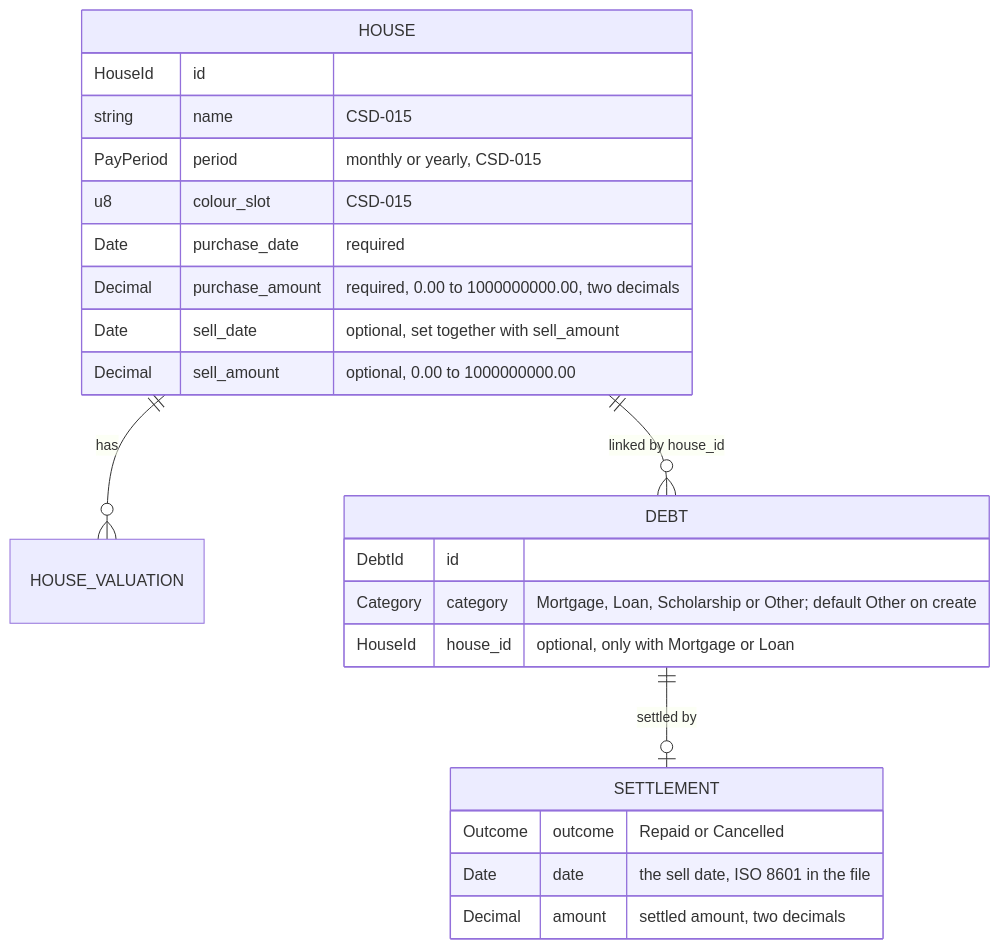
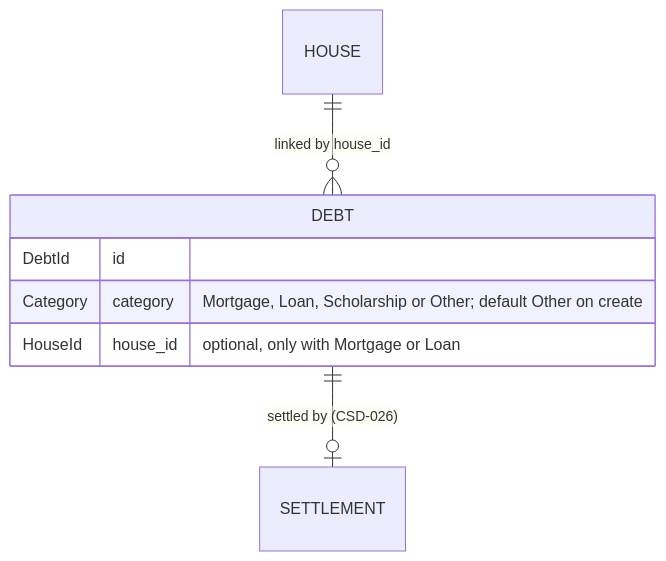
Before and after one commit to BardoelT/varde: the second of 2 diagrams in docs/csd/CSD-020-debt-linked-to-house.md, drawn with Mermaid. The commit also changed other lines of this file and 13 other files, not shown here.

````diff
--- a/docs/csd/CSD-020-debt-linked-to-house.md
+++ b/docs/csd/CSD-020-debt-linked-to-house.md
@@ -901,26 +255,10 @@
 ```mermaid
 erDiagram
-    HOUSE ||--o{ HOUSE_VALUATION : has
     HOUSE ||--o{ DEBT : "linked by house_id"
-    DEBT ||--o| SETTLEMENT : "settled by"
-    HOUSE {
-        HouseId id
-        string name "CSD-015"
-        PayPeriod period "monthly or yearly, CSD-015"
-        u8 colour_slot "CSD-015"
-        Date purchase_date "required"
-        Decimal purchase_amount "required, 0.00 to 1000000000.00, two decimals"
-        Date sell_date "optional, set together with sell_amount"
-        Decimal sell_amount "optional, 0.00 to 1000000000.00"
-    }
+    DEBT ||--o| SETTLEMENT : "settled by (CSD-026)"
     DEBT {
         DebtId id
         Category category "Mortgage, Loan, Scholarship or Other; default Other on create"
         HouseId house_id "optional, only with Mortgage or Loan"
     }
-    SETTLEMENT {
-        Outcome outcome "Repaid or Cancelled"
-        Date date "the sell date, ISO 8601 in the file"
-        Decimal amount "settled amount, two decimals"
-    }
 ```
````
